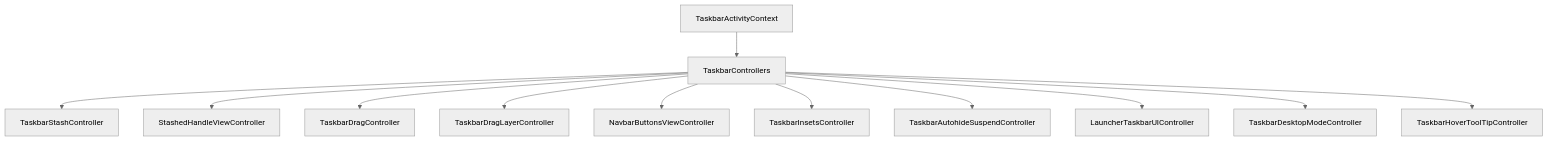
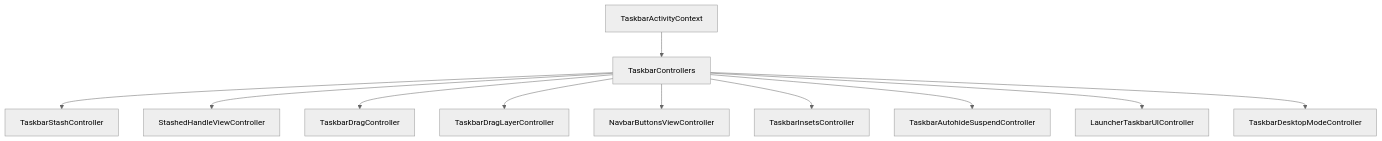
Diagram 14 of 19 in 49-launcher3.md (aospbooks/aosp-internal-book), drawn with Mermaid (neutral theme) before and after one commit. The commit also changed other lines of this file and 218 other files, not shown here.

````diff
--- a/49-launcher3.md
+++ b/49-launcher3.md
@@ -1563,14 +1596,13 @@
 ```mermaid
 graph TD
     TAC[TaskbarActivityContext] --> TC[TaskbarControllers]
     TC --> TSC[TaskbarStashController]
     TC --> SHVC[StashedHandleViewController]
     TC --> TDC[TaskbarDragController]
     TC --> TDLC[TaskbarDragLayerController]
     TC --> NBVC[NavbarButtonsViewController]
     TC --> TIC[TaskbarInsetsController]
     TC --> TASC[TaskbarAutohideSuspendController]
     TC --> LTUC[LauncherTaskbarUIController]
     TC --> TDMC[TaskbarDesktopModeController]
-    TC --> THTTC[TaskbarHoverToolTipController]
 ```
````
